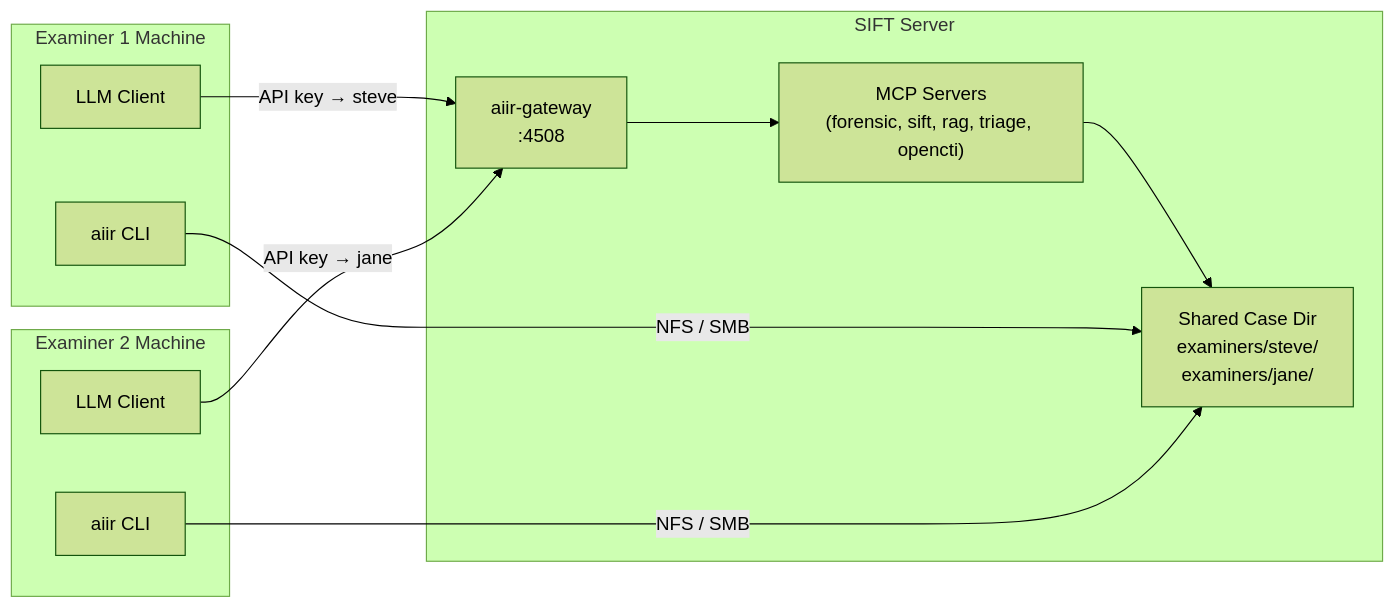
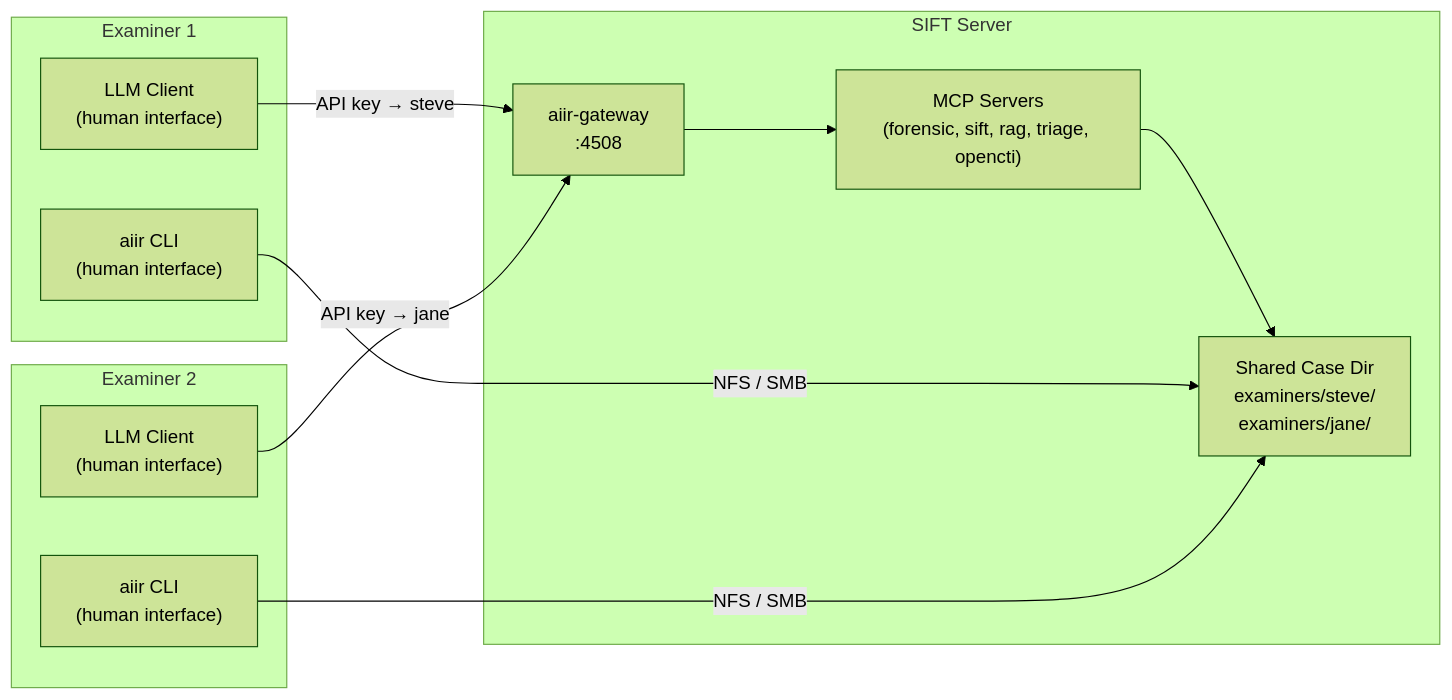
One commit to AppliedIR/aiir changed the fourth of 5 diagrams in README.md. Above: the diagram before and after it, drawn with Mermaid (forest theme). The commit also changed other lines of this file, not shown here.

Commit message:
add (human interface) labels, consistent diagram patterns across all topologies

````diff
--- a/README.md
+++ b/README.md
@@ -127,25 +137,25 @@
 ```mermaid
 graph LR
-    subgraph e1 ["Examiner 1 Machine"]
-        C1["LLM Client"]
-        CLI1["aiir CLI"]
+    subgraph e1 ["Examiner 1"]
+        C1["LLM Client<br/>(human interface)"]
+        CLI1["aiir CLI<br/>(human interface)"]
     end
-    subgraph e2 ["Examiner 2 Machine"]
-        C2["LLM Client"]
-        CLI2["aiir CLI"]
+    subgraph e2 ["Examiner 2"]
+        C2["LLM Client<br/>(human interface)"]
+        CLI2["aiir CLI<br/>(human interface)"]
     end
 
     subgraph sift ["SIFT Server"]
         GW["aiir-gateway<br/>:4508"]
         MCPs["MCP Servers<br/>(forensic, sift, rag, triage, opencti)"]
         CASE["Shared Case Dir<br/>examiners/steve/<br/>examiners/jane/"]
 
         GW --> MCPs
         MCPs --> CASE
     end
 
     C1 -->|"API key → steve"| GW
     C2 -->|"API key → jane"| GW
     CLI1 -->|"NFS / SMB"| CASE
     CLI2 -->|"NFS / SMB"| CASE
 ```
````
